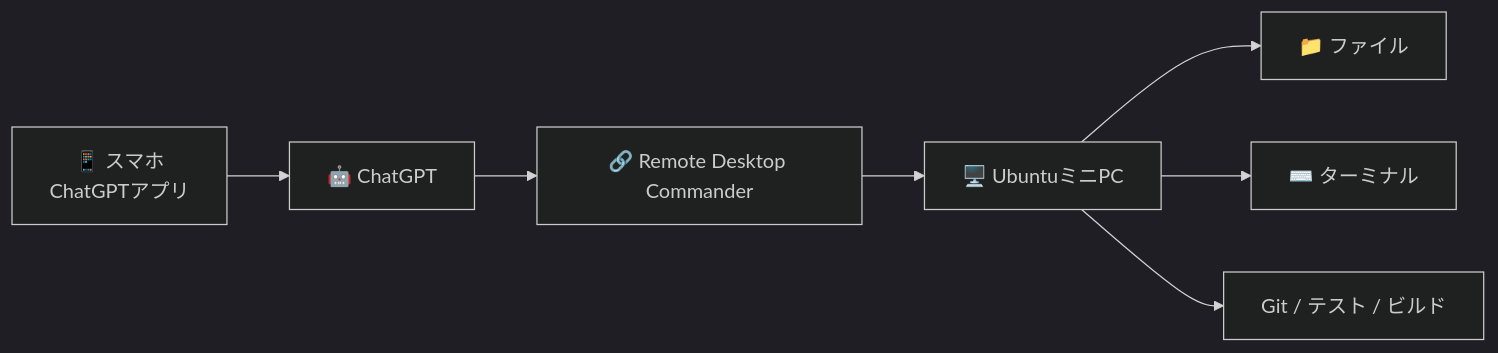
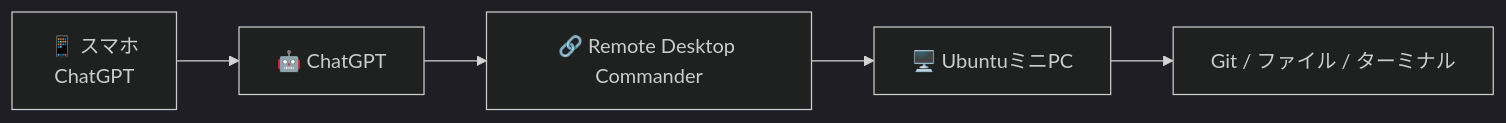
The first of 5 diagrams in articles/remote-desktop-commander-smartphone.md (kkoch5t2/zenn-contents), drawn with Mermaid (dark theme) before and after one commit. The commit also changed other lines of this file, not shown here.

````diff
--- a/articles/remote-desktop-commander-smartphone.md
+++ b/articles/remote-desktop-commander-smartphone.md
@@ -34,9 +25,7 @@
 ```mermaid
 flowchart LR
-    A["📱 スマホ<br/>ChatGPTアプリ"] --> B["🤖 ChatGPT"]
+    A["📱 スマホ<br/>ChatGPT"] --> B["🤖 ChatGPT"]
     B --> C["🔗 Remote Desktop Commander"]
     C --> D["🖥️ UbuntuミニPC"]
-    D --> E["📁 ファイル"]
-    D --> F["⌨️ ターミナル"]
-    D --> G["Git / テスト / ビルド"]
+    D --> E["Git / ファイル / ターミナル"]
 ```
````
